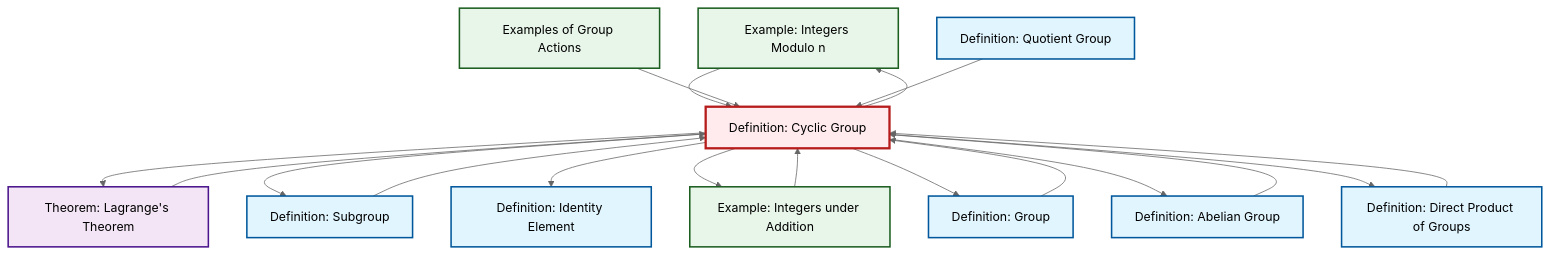
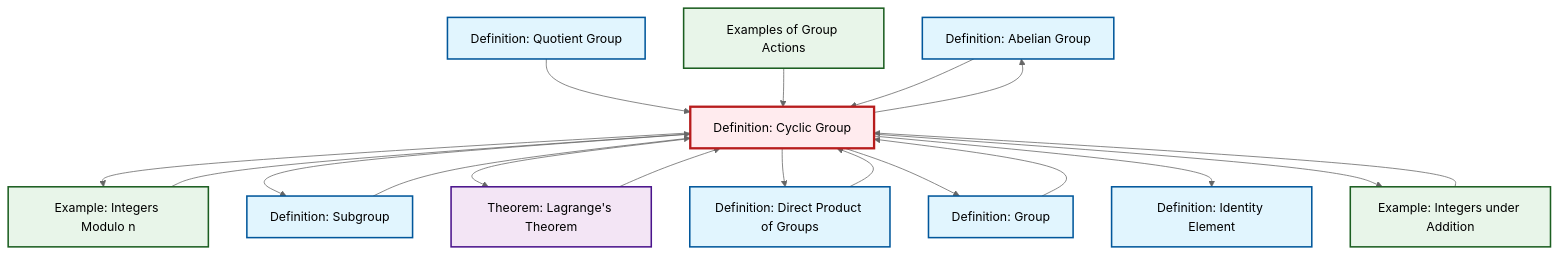
The diagram in content/en/algebra/def-cyclic-group.qmd (RK0429/ModernMath), drawn with Mermaid (neutral theme) before and after one commit. The commit also changed other lines of this file and 531 other files, not shown here.

````diff
--- a/content/en/algebra/def-cyclic-group.qmd
+++ b/content/en/algebra/def-cyclic-group.qmd
@@ -97,48 +97,48 @@
 ```{mermaid}
 %%| fig-cap: "Local dependency graph"
 graph TD
     classDef definition fill:#e1f5fe,stroke:#01579b,stroke-width:2px
     classDef theorem fill:#f3e5f5,stroke:#4a148c,stroke-width:2px
     classDef axiom fill:#fff3e0,stroke:#e65100,stroke-width:2px
     classDef example fill:#e8f5e9,stroke:#1b5e20,stroke-width:2px
     classDef current fill:#ffebee,stroke:#b71c1c,stroke-width:3px
+    def-abelian-group["Definition: Abelian Group"]:::definition
+    def-cyclic-group["Definition: Cyclic Group"]:::definition
+    def-quotient-group["Definition: Quotient Group"]:::definition
+    ex-group-action-examples["Examples of Group Actions"]:::example
+    def-group["Definition: Group"]:::definition
+    def-subgroup["Definition: Subgroup"]:::definition
+    def-identity-element["Definition: Identity Element"]:::definition
     ex-quotient-integers-mod-n["Example: Integers Modulo n"]:::example
+    ex-integers-addition["Example: Integers under Addition"]:::example
     thm-lagrange["Theorem: Lagrange's Theorem"]:::theorem
-    def-quotient-group["Definition: Quotient Group"]:::definition
-    def-identity-element["Definition: Identity Element"]:::definition
-    def-cyclic-group["Definition: Cyclic Group"]:::definition
-    def-subgroup["Definition: Subgroup"]:::definition
-    def-group["Definition: Group"]:::definition
-    ex-integers-addition["Example: Integers under Addition"]:::example
-    def-abelian-group["Definition: Abelian Group"]:::definition
-    ex-group-action-examples["Examples of Group Actions"]:::example
     def-direct-product["Definition: Direct Product of Groups"]:::definition
     def-cyclic-group --> ex-quotient-integers-mod-n
+    def-subgroup --> def-cyclic-group
+    def-group --> def-cyclic-group
+    def-cyclic-group --> def-abelian-group
+    ex-integers-addition --> def-cyclic-group
+    def-cyclic-group --> def-subgroup
+    def-cyclic-group --> thm-lagrange
+    def-quotient-group --> def-cyclic-group
     thm-lagrange --> def-cyclic-group
-    ex-integers-addition --> def-cyclic-group
+    def-cyclic-group --> def-direct-product
+    ex-group-action-examples --> def-cyclic-group
     def-direct-product --> def-cyclic-group
-    def-cyclic-group --> thm-lagrange
-    def-cyclic-group --> def-subgroup
-    ex-quotient-integers-mod-n --> def-cyclic-group
+    def-cyclic-group --> def-group
     def-abelian-group --> def-cyclic-group
-    def-group --> def-cyclic-group
     def-cyclic-group --> def-identity-element
     def-cyclic-group --> ex-integers-addition
-    def-subgroup --> def-cyclic-group
-    def-cyclic-group --> def-group
-    def-cyclic-group --> def-abelian-group
-    def-cyclic-group --> def-direct-product
-    ex-group-action-examples --> def-cyclic-group
-    def-quotient-group --> def-cyclic-group
+    ex-quotient-integers-mod-n --> def-cyclic-group
     class def-cyclic-group current
+    click def-abelian-group "def-abelian-group.html" "Go to Abelian Group definition"
+    click def-quotient-group "def-quotient-group.html" "Go to Quotient Group definition"
+    click ex-group-action-examples "ex-group-action-examples.html" "Go to Examples of Group Actions"
+    click def-group "def-group.html" "Go to Group definition"
+    click def-subgroup "def-subgroup.html" "Go to Subgroup definition"
+    click def-identity-element "def-identity-element.html" "Go to Identity Element definition"
     click ex-quotient-integers-mod-n "ex-quotient-integers-mod-n.html" "Go to Integers Modulo n example"
+    click ex-integers-addition "ex-integers-addition.html" "Go to Integers under Addition example"
     click thm-lagrange "thm-lagrange.html" "Go to Lagrange's Theorem theorem"
-    click def-quotient-group "def-quotient-group.html" "Go to Quotient Group definition"
-    click def-identity-element "def-identity-element.html" "Go to Identity Element definition"
-    click def-subgroup "def-subgroup.html" "Go to Subgroup definition"
-    click def-group "def-group.html" "Go to Group definition"
-    click ex-integers-addition "ex-integers-addition.html" "Go to Integers under Addition example"
-    click def-abelian-group "def-abelian-group.html" "Go to Abelian Group definition"
-    click ex-group-action-examples "ex-group-action-examples.html" "Go to Examples of Group Actions"
     click def-direct-product "def-direct-product.html" "Go to Direct Product of Groups definition"
 ```
````
